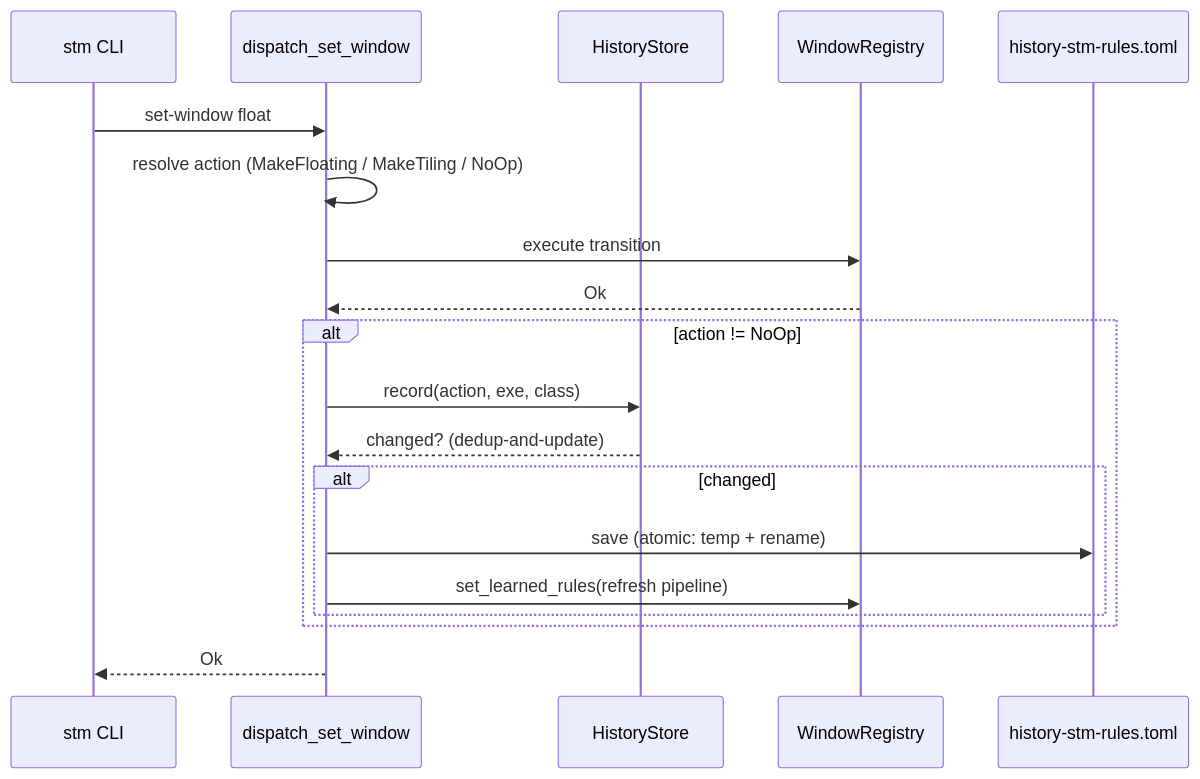
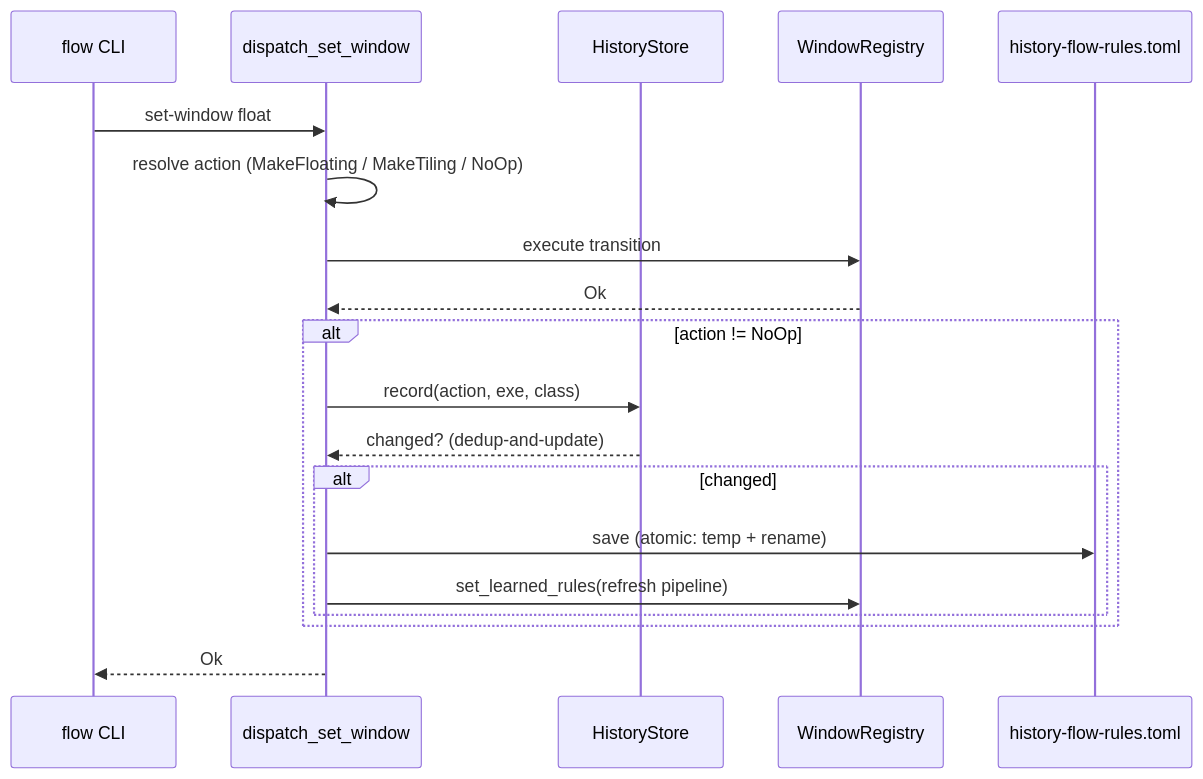
Before and after one commit to CCpcalvin/flow-wm: the second of 2 diagrams in docs/src/dev-guide/classification.md, drawn with Mermaid. The commit also changed other lines of this file and 108 other files, not shown here.

Commit message:
refactor: rename project from scrolling-tiling-manager to flow-wm

````diff
--- a/docs/src/dev-guide/classification.md
+++ b/docs/src/dev-guide/classification.md
@@ -82,22 +82,22 @@
 ```mermaid
 sequenceDiagram
-    participant CLI as stm CLI
+    participant CLI as flow CLI
     participant D as dispatch_set_window
     participant H as HistoryStore
     participant R as WindowRegistry
-    participant FS as history-stm-rules.toml
+    participant FS as history-flow-rules.toml
 
     CLI->>D: set-window float
     D->>D: resolve action (MakeFloating / MakeTiling / NoOp)
     D->>R: execute transition
     R-->>D: Ok
     alt action != NoOp
         D->>H: record(action, exe, class)
         H-->>D: changed? (dedup-and-update)
         alt changed
             D->>FS: save (atomic: temp + rename)
             D->>R: set_learned_rules(refresh pipeline)
         end
     end
     D-->>CLI: Ok
 ```
````
